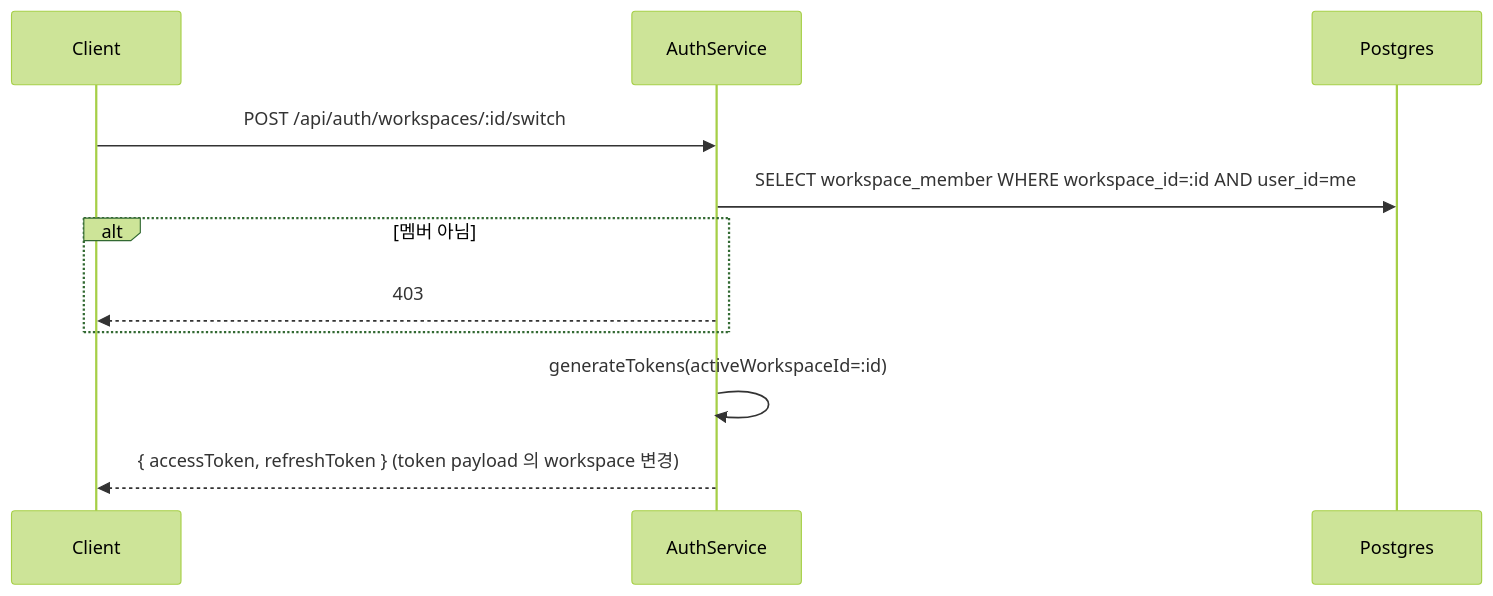
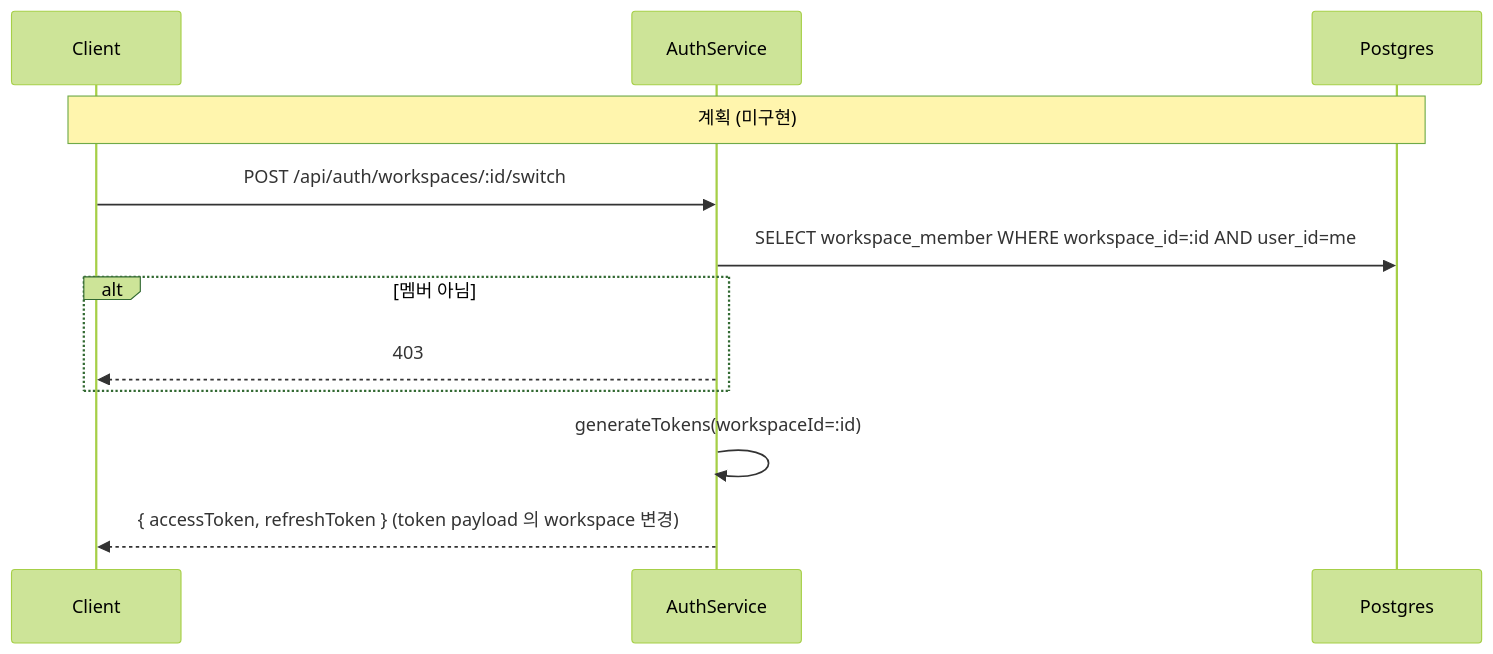
The fourth of 5 diagrams in spec/data-flow/12-workspace.md (worker-ants/clemvion), drawn with Mermaid (forest theme) before and after one commit. The commit also changed other lines of this file and 186 other files, not shown here.

````diff
--- a/spec/data-flow/12-workspace.md
+++ b/spec/data-flow/12-workspace.md
@@ -94,13 +97,14 @@
 ```mermaid
 sequenceDiagram
   participant C as Client
   participant Svc as AuthService
   participant PG as Postgres
+  Note over C,PG: 계획 (미구현)
   C->>Svc: POST /api/auth/workspaces/:id/switch
   Svc->>PG: SELECT workspace_member WHERE workspace_id=:id AND user_id=me
   alt 멤버 아님
     Svc-->>C: 403
   end
-  Svc->>Svc: generateTokens(activeWorkspaceId=:id)
+  Svc->>Svc: generateTokens(workspaceId=:id)
   Svc-->>C: { accessToken, refreshToken } (token payload 의 workspace 변경)
 ```
````
